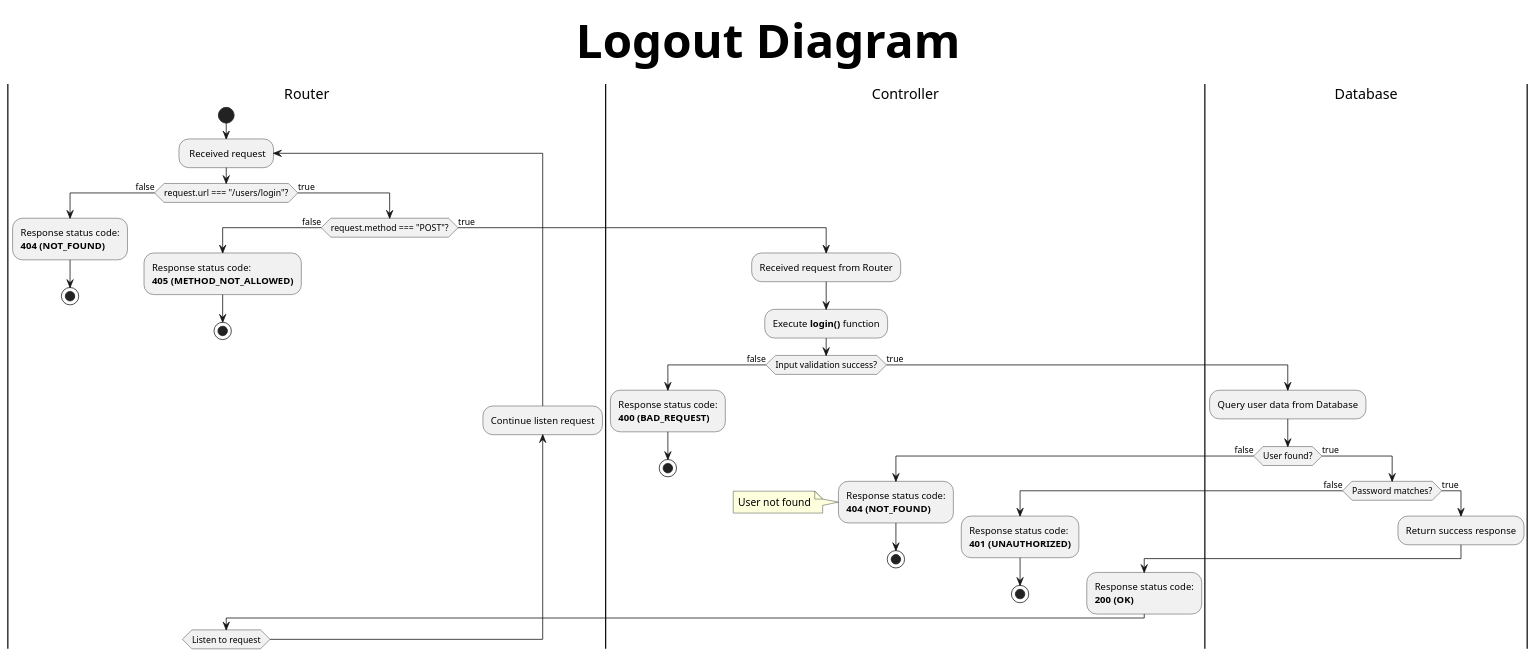
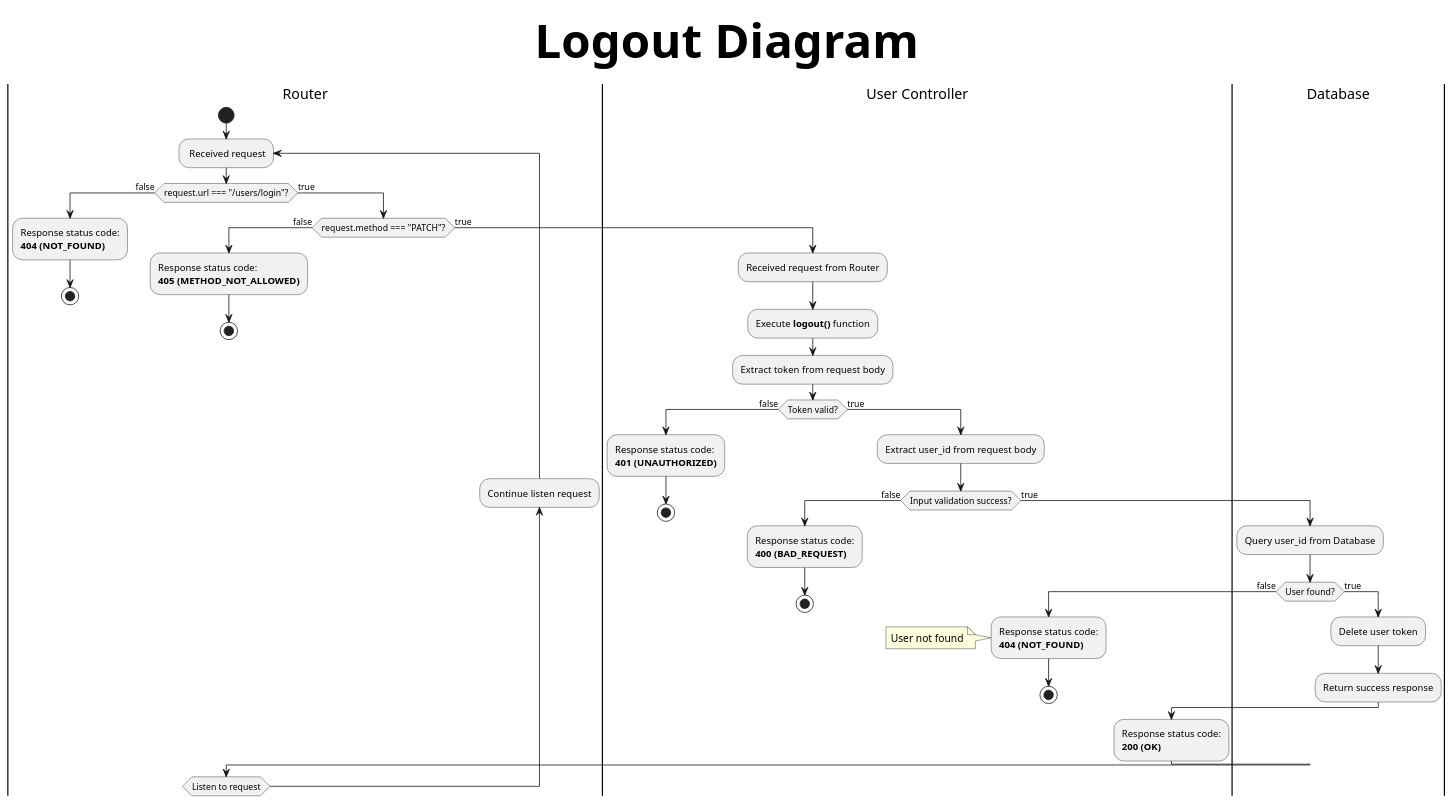
The diagram in diagrams/userDiagrams/logoutDiagram.pu (DoanLe2k1/TodoApp-API), drawn with PlantUML before and after one commit. The commit also changed 1 other file, not shown here.

Commit message:
Update logout function
Query data mongoDB

```diff
--- a/diagrams/userDiagrams/logoutDiagram.pu
+++ b/diagrams/userDiagrams/logoutDiagram.pu
@@ -1,65 +1,65 @@
-@startuml 
+@startuml
 title Logout Diagram
 skinparam titleFontSize 60
 |Router|
 start
 repeat: Received request
 if (request.url === "/users/login"?) then (false)
-    :Response status code:
-    **404 (NOT_FOUND)**;
-    stop
+:Response status code:
+**404 (NOT_FOUND)**;
+stop
 
 else (true)
-    if (request.method === "POST"?) then (false)
+if (request.method === "PATCH"?) then (false)
+:Response status code:
+**405 (METHOD_NOT_ALLOWED)**;
+stop
+
+else (true)
+|User Controller|
+:Received request from Router;
+:Execute **logout()** function;
+:Extract token from request body;
+if (Token valid?) then (false)
+    :Response status code:
+    **401 (UNAUTHORIZED)**;
+    stop
+    
+else (true)
+    :Extract user_id from request body;
+
+    if (Input validation success?) then (false)
         :Response status code:
-        **405 (METHOD_NOT_ALLOWED)**;
+        **400 (BAD_REQUEST)**;
+        'Validation failed
         stop
 
     else (true)
-        |Controller|
-        :Received request from Router;
-        :Execute **login()** function;
+        |Database|
+        :Query user_id from Database;
 
-        if (Input validation success?) then (false)
+        if (User found?) then (false)
+            |User Controller|
             :Response status code:
-            **400 (BAD_REQUEST)**;
-            'Validation failed
+            **404 (NOT_FOUND)**;
+            note left: User not found
             stop
 
         else (true)
             |Database|
-            :Query user data from Database;
+            :Delete user token;
+            :Return success response;
 
-
-            if (User found?) then (false)
-                |Controller|
-                :Response status code:
-                **404 (NOT_FOUND)**;
-                note left: User not found
-                stop
-            
-            else (true)
-                |Database|
-                if (Password matches?) then (false)
-                    |Controller|
-                    :Response status code:
-                    **401 (UNAUTHORIZED)**; 
-                    stop
-                
-                else (true)
-                    |Database|
-                    :Return success response;
-                    
-                    |Controller|
-                    :Response status code:
-                    **200 (OK)**;
-                endif
-            endif
+            |User Controller|
+            :Response status code:
+            **200 (OK)**;
         endif
     endif
+endif
+endif
 endif
 
 |Router|
 backward:Continue listen request;
-repeat while (Listen to request)    
+repeat while (Listen to request)
 @enduml
```
